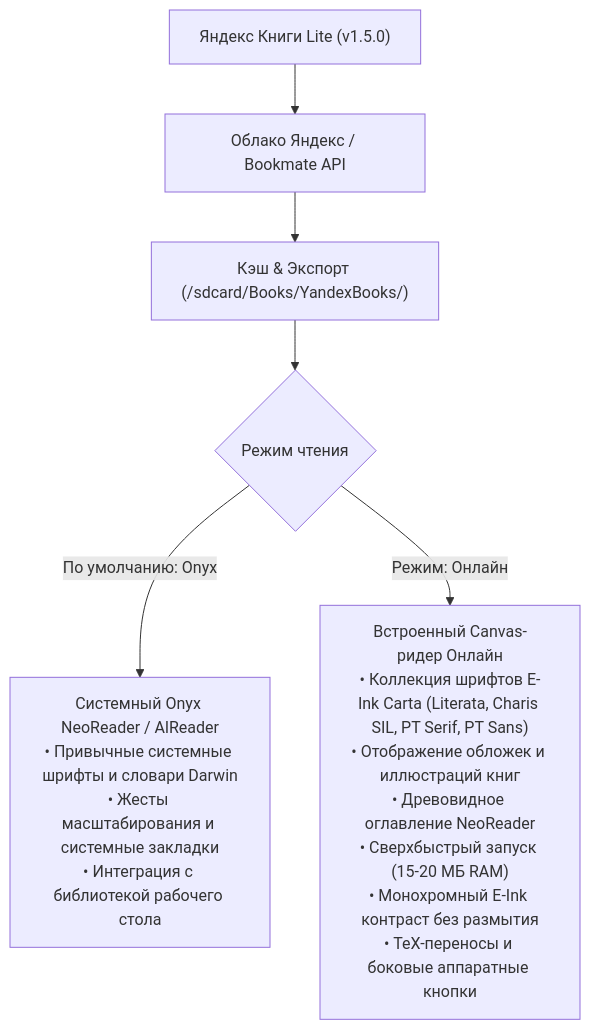
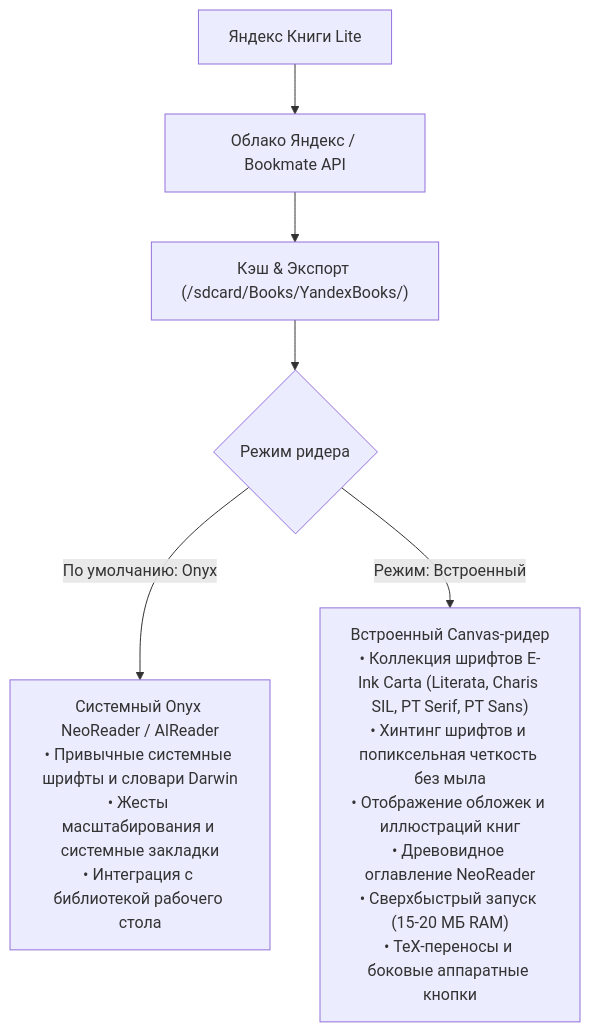
The diagram in README.md (litvaerickson-spec/onyx-yandex-books), drawn with Mermaid before and after one commit. The commit also changed other lines of this file and 12 other files, not shown here.

````diff
--- a/README.md
+++ b/README.md
@@ -130,10 +99,10 @@
 ```mermaid
 flowchart TD
-    App["Яндекс Книги Lite (v1.5.0)"] --> Cloud["Облако Яндекс / Bookmate API"]
+    App["Яндекс Книги Lite"] --> Cloud["Облако Яндекс / Bookmate API"]
     Cloud --> Cache["Кэш & Экспорт (/sdcard/Books/YandexBooks/)"]
-    Cache --> ModeSelect{"Режим чтения"}
+    Cache --> ModeSelect{"Режим ридера"}
     
     ModeSelect -->|По умолчанию: Onyx| OnyxReader["Системный Onyx NeoReader / AlReader<br/>• Привычные системные шрифты и словари Darwin<br/>• Жесты масштабирования и системные закладки<br/>• Интеграция с библиотекой рабочего стола"]
     
-    ModeSelect -->|Режим: Онлайн| OnlineReader["Встроенный Canvas-ридер Онлайн<br/>• Коллекция шрифтов E-Ink Carta (Literata, Charis SIL, PT Serif, PT Sans)<br/>• Отображение обложек и иллюстраций книг<br/>• Древовидное оглавление NeoReader<br/>• Сверхбыстрый запуск (15-20 МБ RAM)<br/>• Монохромный E-Ink контраст без размытия<br/>• TeX-переносы и боковые аппаратные кнопки"]
+    ModeSelect -->|Режим: Встроенный| OnlineReader["Встроенный Canvas-ридер<br/>• Коллекция шрифтов E-Ink Carta (Literata, Charis SIL, PT Serif, PT Sans)<br/>• Хинтинг шрифтов и попиксельная четкость без мыла<br/>• Отображение обложек и иллюстраций книг<br/>• Древовидное оглавление NeoReader<br/>• Сверхбыстрый запуск (15-20 МБ RAM)<br/>• TeX-переносы и боковые аппаратные кнопки"]
 ```
````
